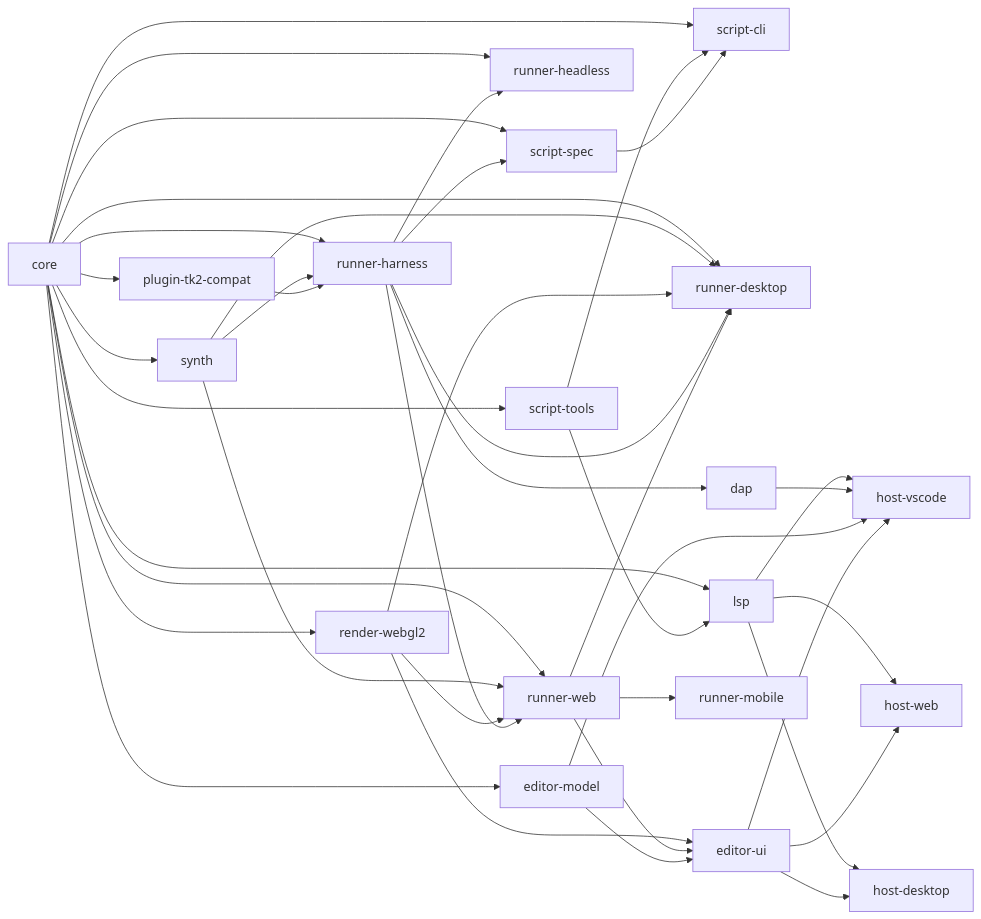
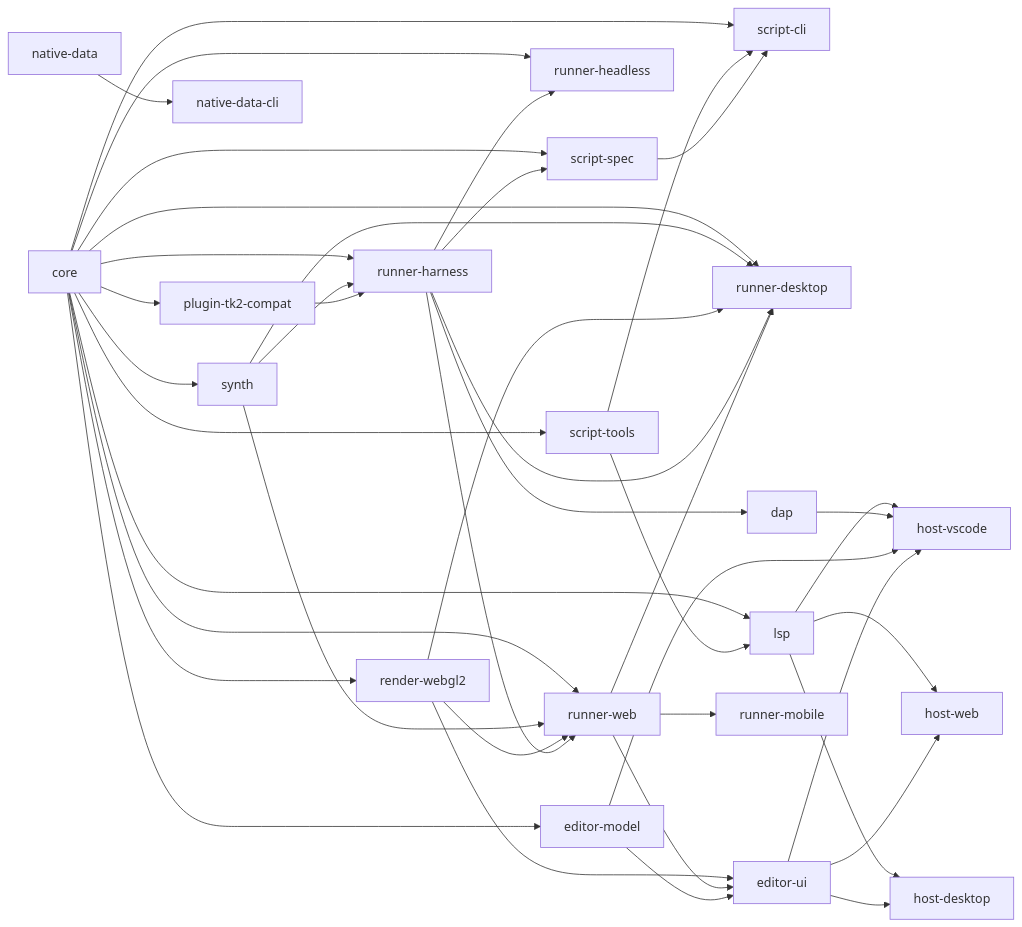
The first of 3 diagrams in _bmad-output/initiative-rpgtoolkit-reawakened/architecture-rpgtoolkit-reawakened/architecture-rpgtoolkit-reawakened.md (IG-ABHINAV/rpgtoolkit-reawakened), drawn with Mermaid before and after one commit. The commit also changed 53 other files, not shown here.

````diff
--- a/_bmad-output/initiative-rpgtoolkit-reawakened/architecture-rpgtoolkit-reawakened/architecture-rpgtoolkit-reawakened.md
+++ b/_bmad-output/initiative-rpgtoolkit-reawakened/architecture-rpgtoolkit-reawakened/architecture-rpgtoolkit-reawakened.md
@@ -41,42 +41,43 @@
 ```mermaid
 graph LR
   core --> scripttools[script-tools]
   core --> scriptcli[script-cli]
   core --> synth
   core --> renderwebgl2[render-webgl2]
   core --> runnerharness[runner-harness]
   core --> runnerheadless[runner-headless]
   core --> runnerweb[runner-web]
   core --> runnerdesktop[runner-desktop]
   core --> lsp
   core --> scriptspec[script-spec]
   core --> editormodel[editor-model]
   core --> plugintk2compat[plugin-tk2-compat]
   scripttools --> lsp
   scripttools --> scriptcli
   scriptspec --> scriptcli
   synth --> runnerharness
   synth --> runnerweb
   synth --> runnerdesktop
   renderwebgl2 --> runnerweb
   renderwebgl2 --> runnerdesktop
   renderwebgl2 --> editorui[editor-ui]
   runnerharness --> runnerheadless
   runnerharness --> runnerweb
   runnerharness --> runnerdesktop
   runnerharness --> scriptspec
   runnerharness --> dap
   runnerweb --> runnerdesktop
   runnerweb --> runnermobile[runner-mobile]
   runnerweb --> editorui
   lsp --> hostvscode[host-vscode]
   lsp --> hostweb[host-web]
   lsp --> hostdesktop[host-desktop]
   dap --> hostvscode
   editormodel --> editorui
   editormodel --> hostvscode
   editorui --> hostvscode
   editorui --> hostweb
   editorui --> hostdesktop
   plugintk2compat --> runnerharness
+  nativedata[native-data] --> nativedatacli[native-data-cli]
 ```
````
